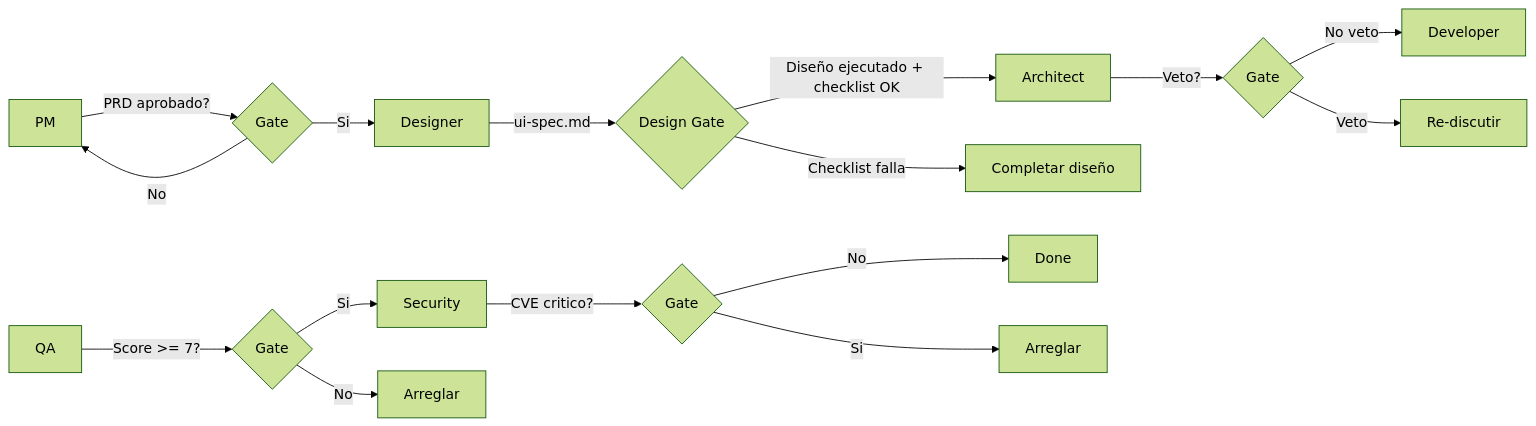
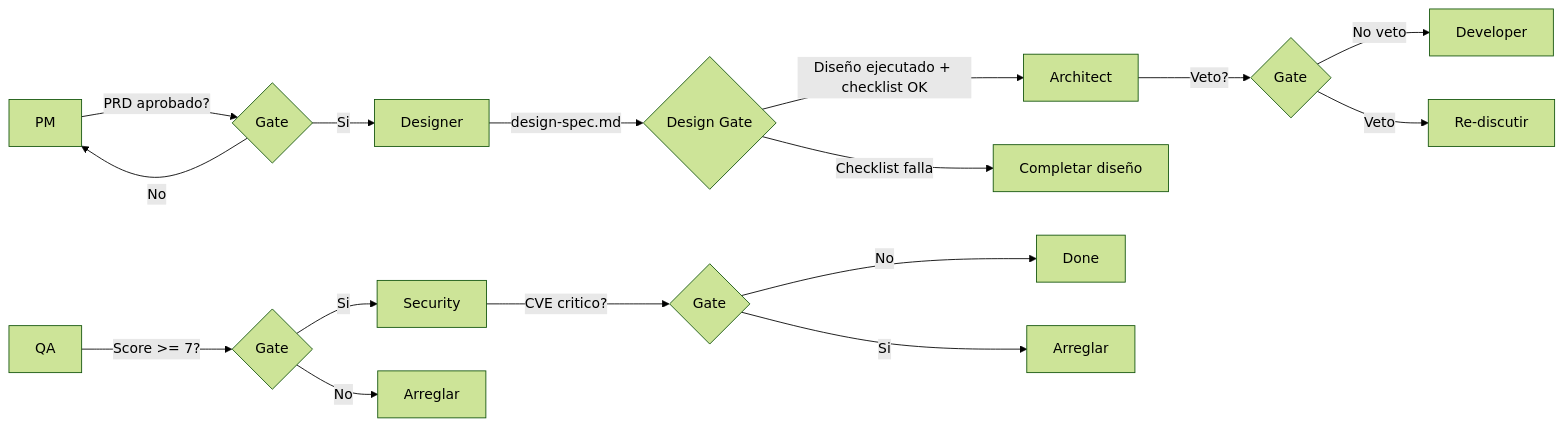
The second of 2 diagrams in docs/orchestration.md (ernesto2108/anvil), drawn with Mermaid (forest theme) before and after one commit. The commit also changed other lines of this file and 17 other files, not shown here.

````diff
--- a/docs/orchestration.md
+++ b/docs/orchestration.md
@@ -100,22 +102,22 @@
 ```mermaid
 flowchart LR
     PM -->|PRD aprobado?| G1{Gate}
     G1 -->|Si| Designer
     G1 -->|No| PM
 
-    Designer -->|ui-spec.md| G1b{Design Gate}
+    Designer -->|design-spec.md| G1b{Design Gate}
     G1b -->|Diseño ejecutado + checklist OK| Architect
     G1b -->|Checklist falla| Fix0["Completar diseño"]
 
     Architect -->|Veto?| G2{Gate}
     G2 -->|No veto| Developer
     G2 -->|Veto| User["Re-discutir"]
 
     QA -->|Score >= 7?| G3{Gate}
     G3 -->|Si| Security
     G3 -->|No| Fix["Arreglar"]
 
     Security -->|CVE critico?| G4{Gate}
     G4 -->|No| Done
     G4 -->|Si| Fix2["Arreglar"]
 ```
````
